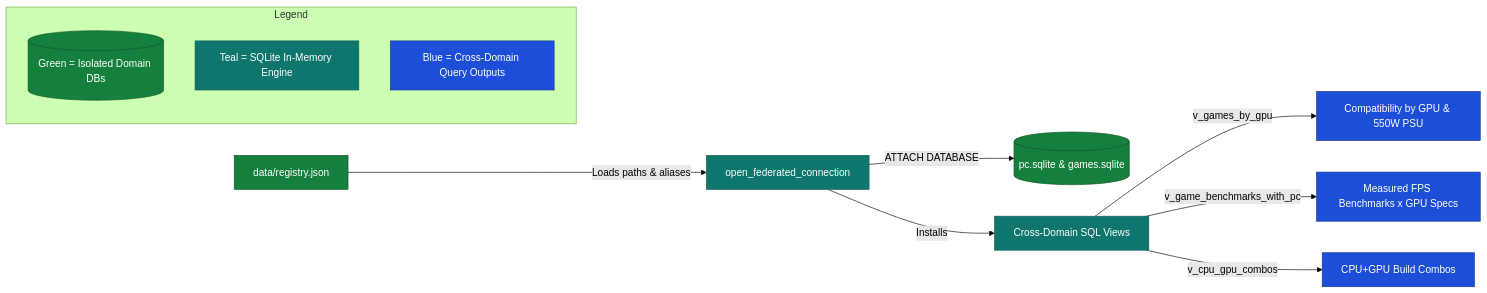
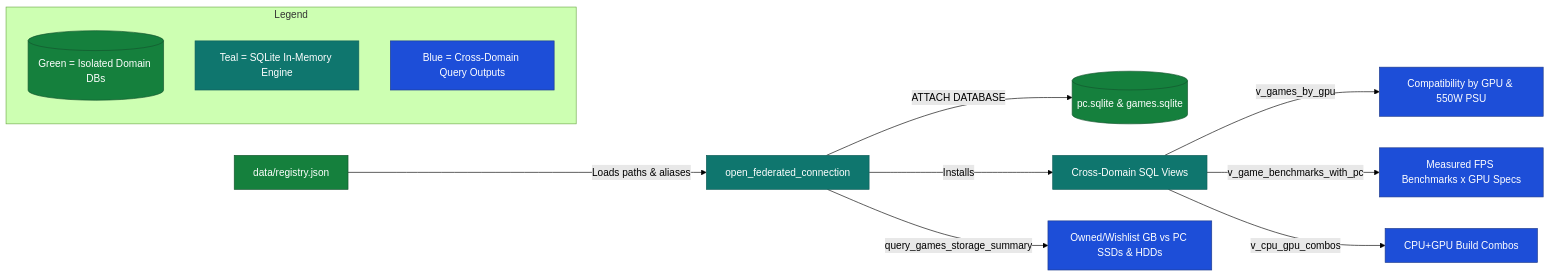
Before and after one commit to Mostakim2005/database-manager: the sixth of 12 diagrams in docs/ARCHITECTURE.md, drawn with Mermaid (forest theme). The commit also changed other lines of this file and 28 other files, not shown here.

Commit message:
feat(games): unify 105 owned Steam games with 48 RTS wishlist titles and sync cross-domain sectors

````diff
--- a/docs/ARCHITECTURE.md
+++ b/docs/ARCHITECTURE.md
@@ -192,20 +193,21 @@
 ```mermaid
 flowchart LR
     %% Color Definitions
     classDef startNode fill:#1d4ed8,stroke:#1e3a8a,color:#ffffff
     classDef processNode fill:#0f766e,stroke:#115e59,color:#ffffff
     classDef dataNode fill:#15803d,stroke:#14532d,color:#ffffff
 
     D1[data/registry.json]:::dataNode -->|Loads paths & aliases| F1[open_federated_connection]:::processNode
     F1 -->|ATTACH DATABASE| D2[(pc.sqlite & games.sqlite)]:::dataNode
     F1 -->|Installs| V1[Cross-Domain SQL Views]:::processNode
     V1 -->|v_games_by_gpu| Q1[Compatibility by GPU & 550W PSU]:::startNode
     V1 -->|v_game_benchmarks_with_pc| Q2[Measured FPS Benchmarks x GPU Specs]:::startNode
     V1 -->|v_cpu_gpu_combos| Q3[CPU+GPU Build Combos]:::startNode
+    F1 -->|query_games_storage_summary| Q4[Owned/Wishlist GB vs PC SSDs & HDDs]:::startNode
 
     subgraph Legend["Legend"]
         L1[(Green = Isolated Domain DBs)]:::dataNode
         L2[Teal = SQLite In-Memory Engine]:::processNode
         L3[Blue = Cross-Domain Query Outputs]:::startNode
     end
 ```
````
